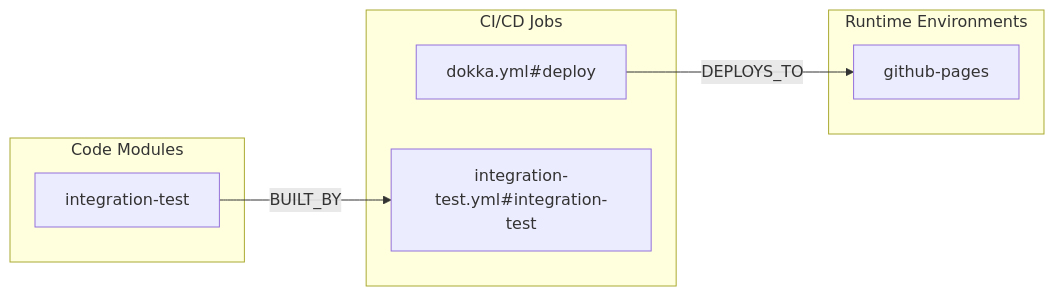
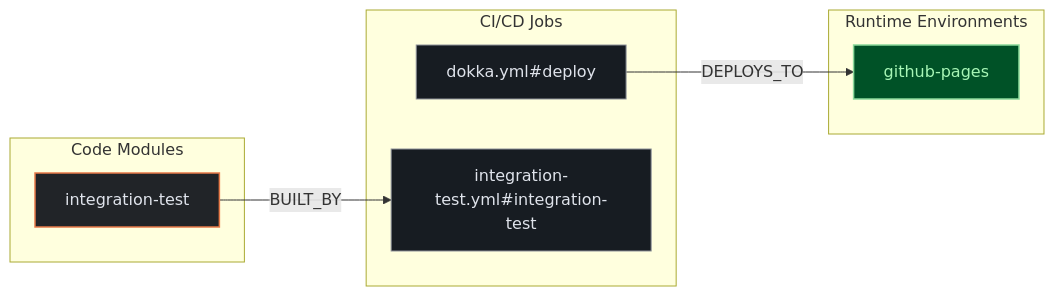
The first of 2 diagrams in exports/latest/reports/supabase-supabase-kt-report.md (kumarshaz/atruss-code-atlas), drawn with Mermaid before and after one commit. The commit also changed other lines of this file and 331 other files, not shown here.

Commit message:
docs,ui,fix: update SDLC docs, reorder CI/CD DAG first, stylize Mermaid, and fix Arc42 pipeline topology

````diff
--- a/exports/latest/reports/supabase-supabase-kt-report.md
+++ b/exports/latest/reports/supabase-supabase-kt-report.md
@@ -66,15 +66,19 @@
 ```mermaid
 flowchart LR
+    classDef atlasCategory fill:#212428,stroke:#E87A48,stroke-width:1.5px,color:#dfe3eb
+    classDef atlasWorkflow fill:#1b2026,stroke:#a3c9ff,stroke-width:1.5px,color:#dfe3eb
+    classDef atlasJob fill:#171c22,stroke:#8d9199,stroke-width:1px,color:#dfe3eb
+    classDef atlasTarget fill:#005227,stroke:#8bd99b,stroke-width:1.5px,color:#a7f6b6
     subgraph code_modules["Code Modules"]
-        mod_integration_test["integration-test"]
+        mod_integration_test["integration-test"]:::atlasCategory
     end
     subgraph ci_jobs["CI/CD Jobs"]
-        job_dokka_yml_deploy["dokka.yml#deploy"]
-        job_integration_test_yml_integration_test["integration-test.yml#integration-test"]
+        job_dokka_yml_deploy["dokka.yml#deploy"]:::atlasJob
+        job_integration_test_yml_integration_test["integration-test.yml#integration-test"]:::atlasJob
     end
     subgraph runtime_envs["Runtime Environments"]
-        env_github_pages["github-pages"]
+        env_github_pages["github-pages"]:::atlasTarget
     end
     job_dokka_yml_deploy -->|DEPLOYS_TO| env_github_pages
     mod_integration_test -->|BUILT_BY| job_integration_test_yml_integration_test
 ```
````
